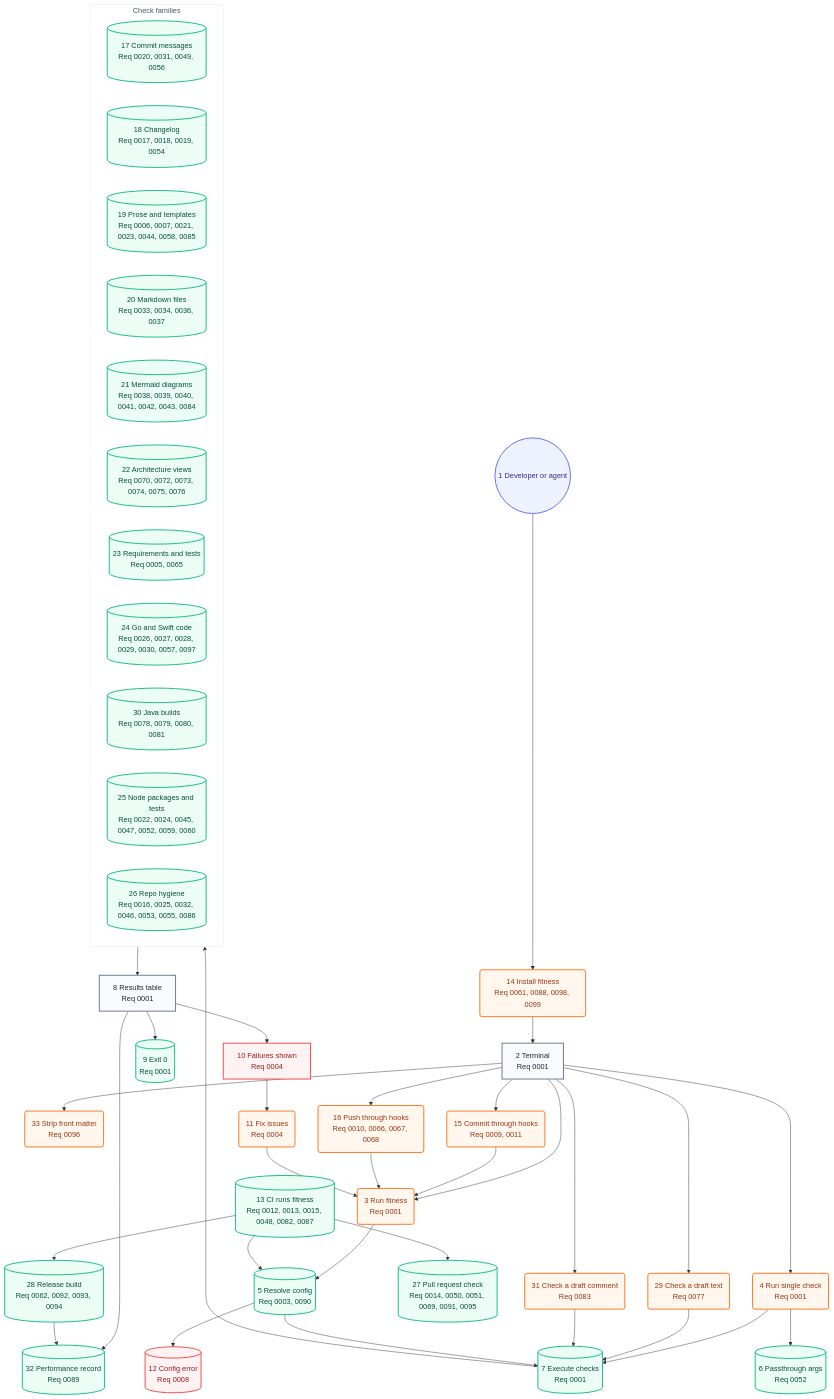
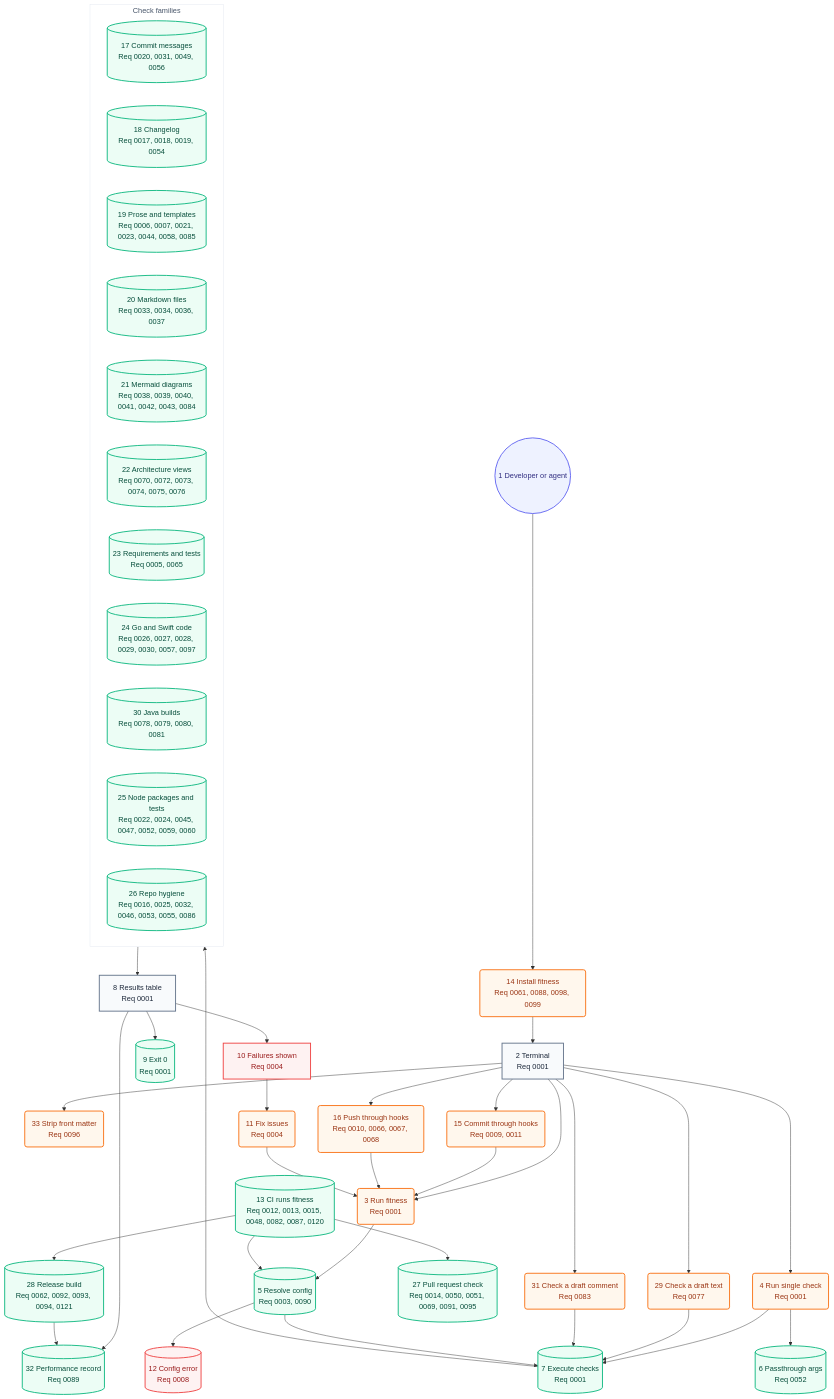
Before and after one commit to may-journal/fitness-runner: the second of 2 diagrams in docs/architecture/05-user-journey.md, drawn with Mermaid. The commit also changed 34 other files, not shown here.

````diff
--- a/docs/architecture/05-user-journey.md
+++ b/docs/architecture/05-user-journey.md
@@ -40,78 +40,78 @@
 ```mermaid
 flowchart TB
     dev((1 Developer or agent)):::persona
     install(14 Install fitness<br/>Req 0061, 0088, 0098, 0099):::action
     terminal[2 Terminal<br/>Req 0001]:::screen
     runFull(3 Run fitness<br/>Req 0001):::action
     runSingle(4 Run single check<br/>Req 0001):::action
     runBlob(29 Check a draft text<br/>Req 0077):::action
     runComment(31 Check a draft comment<br/>Req 0083):::action
     stripFront(33 Strip front matter<br/>Req 0096):::action
     commitHook(15 Commit through hooks<br/>Req 0009, 0011):::action
     pushHook(16 Push through hooks<br/>Req 0010, 0066, 0067, 0068):::action
     resolveConfig[(5 Resolve config<br/>Req 0003, 0090)]:::system
     passArgs[(6 Passthrough args<br/>Req 0052)]:::system
     executeChecks[(7 Execute checks<br/>Req 0001)]:::system
 
     subgraph checks["Check families"]
         commitChecks[(17 Commit messages<br/>Req 0020, 0031, 0049, 0056)]:::system
         changelogChecks[(18 Changelog<br/>Req 0017, 0018, 0019, 0054)]:::system
         proseChecks[(19 Prose and templates<br/>Req 0006, 0007, 0021, 0023, 0044, 0058, 0085)]:::system
         markdownChecks[(20 Markdown files<br/>Req 0033, 0034, 0036, 0037)]:::system
         mermaidChecks[(21 Mermaid diagrams<br/>Req 0038, 0039, 0040, 0041, 0042, 0043, 0084)]:::system
         architectureChecks[(22 Architecture views<br/>Req 0070, 0072, 0073, 0074, 0075, 0076)]:::system
         requirementChecks[(23 Requirements and tests<br/>Req 0005, 0065)]:::system
         goSwiftChecks[(24 Go and Swift code<br/>Req 0026, 0027, 0028, 0029, 0030, 0057, 0097)]:::system
         javaChecks[(30 Java builds<br/>Req 0078, 0079, 0080, 0081)]:::system
         nodeChecks[(25 Node packages and tests<br/>Req 0022, 0024, 0045, 0047, 0052, 0059, 0060)]:::system
         repoChecks[(26 Repo hygiene<br/>Req 0016, 0025, 0032, 0046, 0053, 0055, 0086)]:::system
     end
 
     resultsTable[8 Results table<br/>Req 0001]:::screen
     exitZero[(9 Exit 0<br/>Req 0001)]:::system
     failuresShown[10 Failures shown<br/>Req 0004]:::blocked
     fixIssues(11 Fix issues<br/>Req 0004):::action
     configError[(12 Config error<br/>Req 0008)]:::blocked
-    ciRun[(13 CI runs fitness<br/>Req 0012, 0013, 0015, 0048, 0082, 0087)]:::system
+    ciRun[(13 CI runs fitness<br/>Req 0012, 0013, 0015, 0048, 0082, 0087, 0120)]:::system
     prCheck[(27 Pull request check<br/>Req 0014, 0050, 0051, 0069, 0091, 0095)]:::system
-    release[(28 Release build<br/>Req 0062, 0092, 0093, 0094)]:::system
+    release[(28 Release build<br/>Req 0062, 0092, 0093, 0094, 0121)]:::system
     perfRecord[(32 Performance record<br/>Req 0089)]:::system
 
     dev --> install
     install --> terminal
     terminal --> runFull
     terminal --> runSingle
     terminal --> commitHook
     terminal --> pushHook
     terminal --> runBlob
     terminal --> runComment
     terminal --> stripFront
     commitHook --> runFull
     pushHook --> runFull
     runFull --> resolveConfig
     runSingle --> executeChecks
     runSingle --> passArgs
     runBlob --> executeChecks
     runComment --> executeChecks
     resolveConfig --> executeChecks
     resolveConfig --> configError
     executeChecks --> checks
     checks --> resultsTable
     resultsTable --> exitZero
     resultsTable --> failuresShown
     failuresShown --> fixIssues
     fixIssues --> runFull
     ciRun --> resolveConfig
     ciRun --> prCheck
     ciRun --> release
     resultsTable --> perfRecord
     release --> perfRecord
 
     classDef persona fill:#eef2ff,stroke:#6366f1,color:#312e81,stroke-width:2px
     classDef screen fill:#f8fafc,stroke:#64748b,color:#1e293b,stroke-width:2px
     classDef action fill:#fff7ed,stroke:#f97316,color:#9a3412,stroke-width:2px
     classDef system fill:#ecfdf5,stroke:#10b981,color:#064e3b,stroke-width:2px
     classDef blocked fill:#fef2f2,stroke:#ef4444,color:#991b1b,stroke-width:2px
 
     style checks fill:#ffffff,stroke:#e2e8f0,color:#475569,stroke-width:1px
 ```
````
